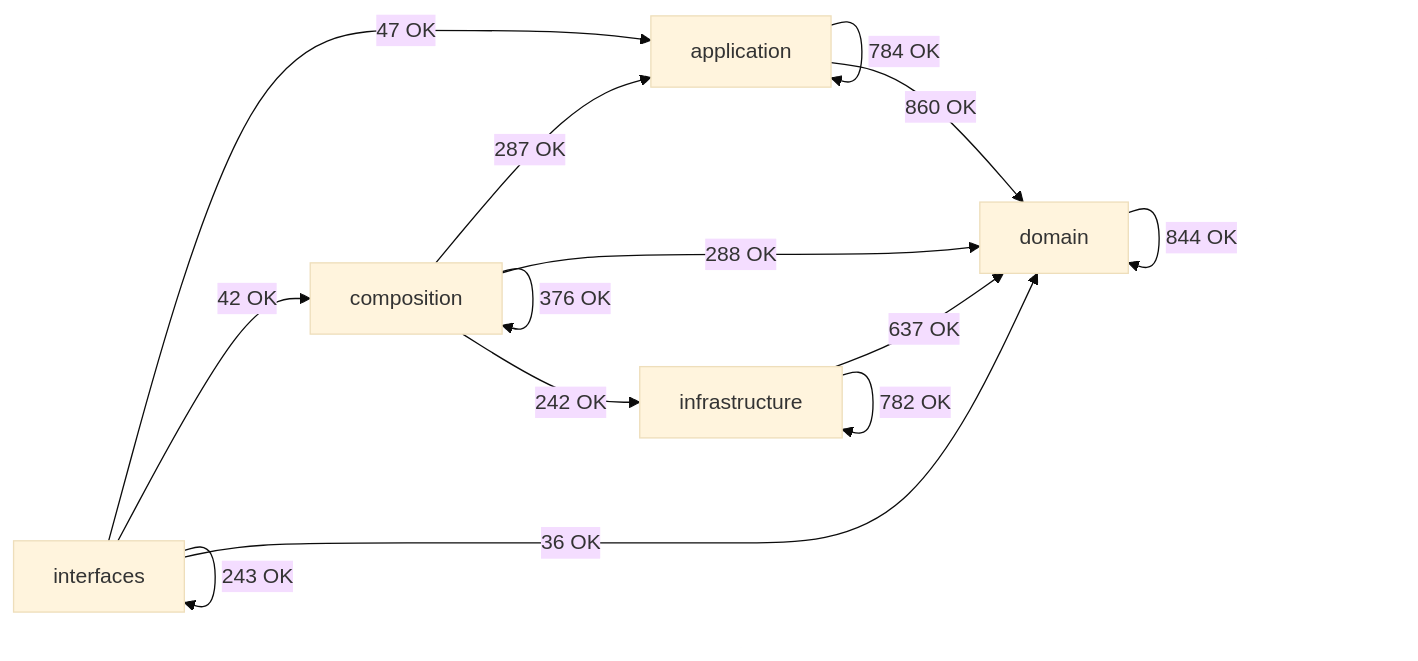
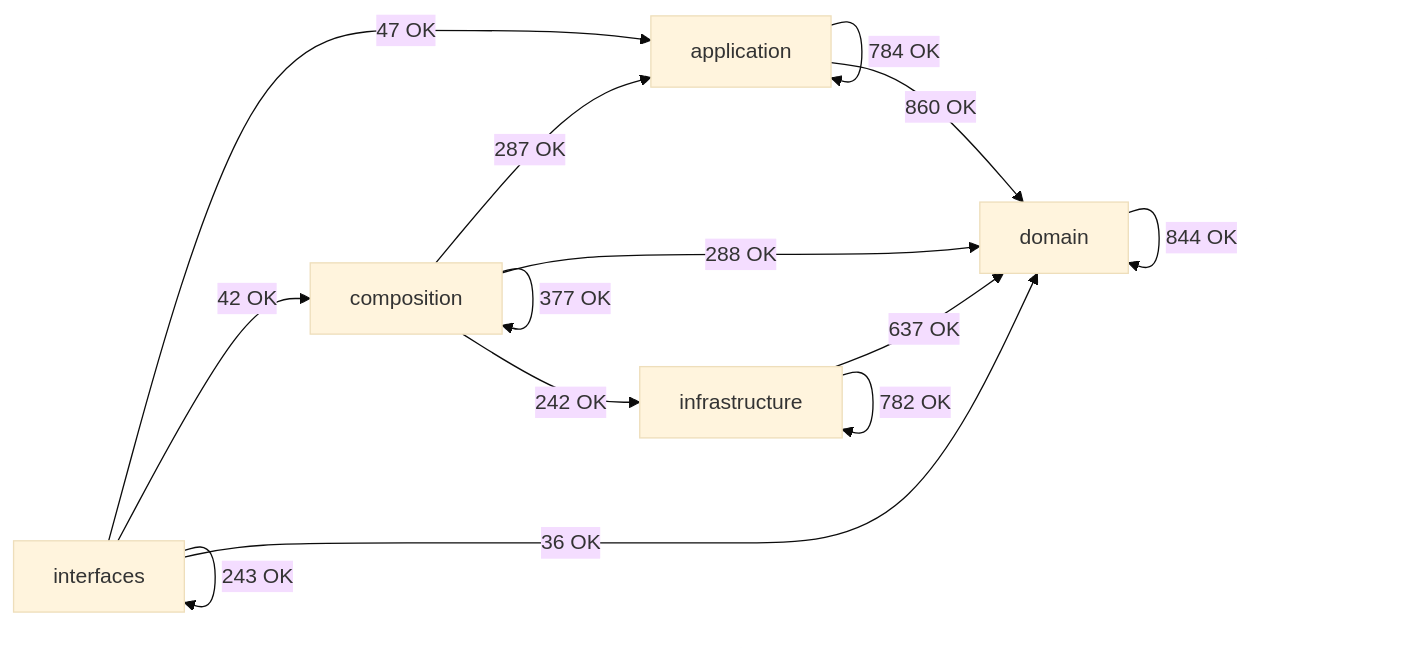
Before and after one commit to SatoryKono/BioactivityDataAcquisition: the diagram in docs/02-architecture/generated/module-dependency-map.md, drawn with Mermaid (base theme). The commit also changed other lines of this file and 5 other files, not shown here.

````diff
--- a/docs/02-architecture/generated/module-dependency-map.md
+++ b/docs/02-architecture/generated/module-dependency-map.md
@@ -26,21 +26,21 @@
 ```mermaid
 flowchart LR
     domain[domain]
     application[application]
     infrastructure[infrastructure]
     composition[composition]
     interfaces[interfaces]
     application -->|784 OK| application
     application -->|860 OK| domain
     composition -->|287 OK| application
-    composition -->|376 OK| composition
+    composition -->|377 OK| composition
     composition -->|288 OK| domain
     composition -->|242 OK| infrastructure
     domain -->|844 OK| domain
     infrastructure -->|637 OK| domain
     infrastructure -->|782 OK| infrastructure
     interfaces -->|47 OK| application
     interfaces -->|42 OK| composition
     interfaces -->|36 OK| domain
     interfaces -->|243 OK| interfaces
 ```
````
